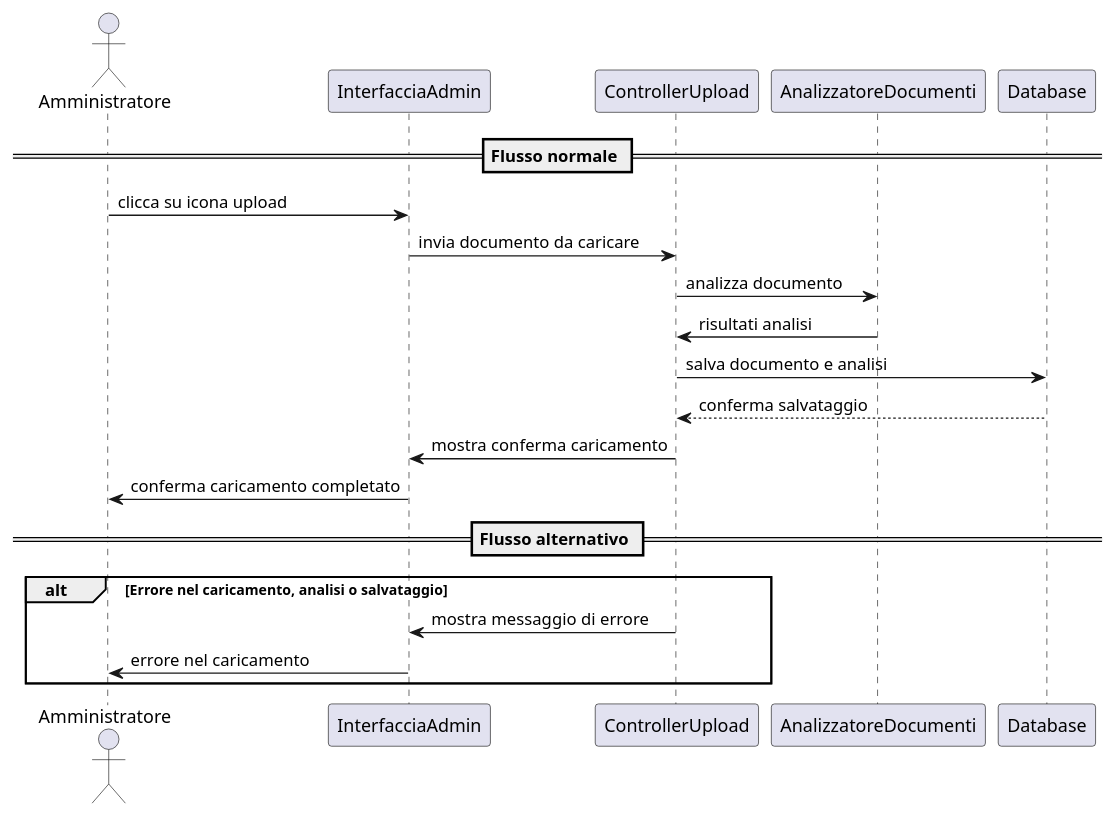
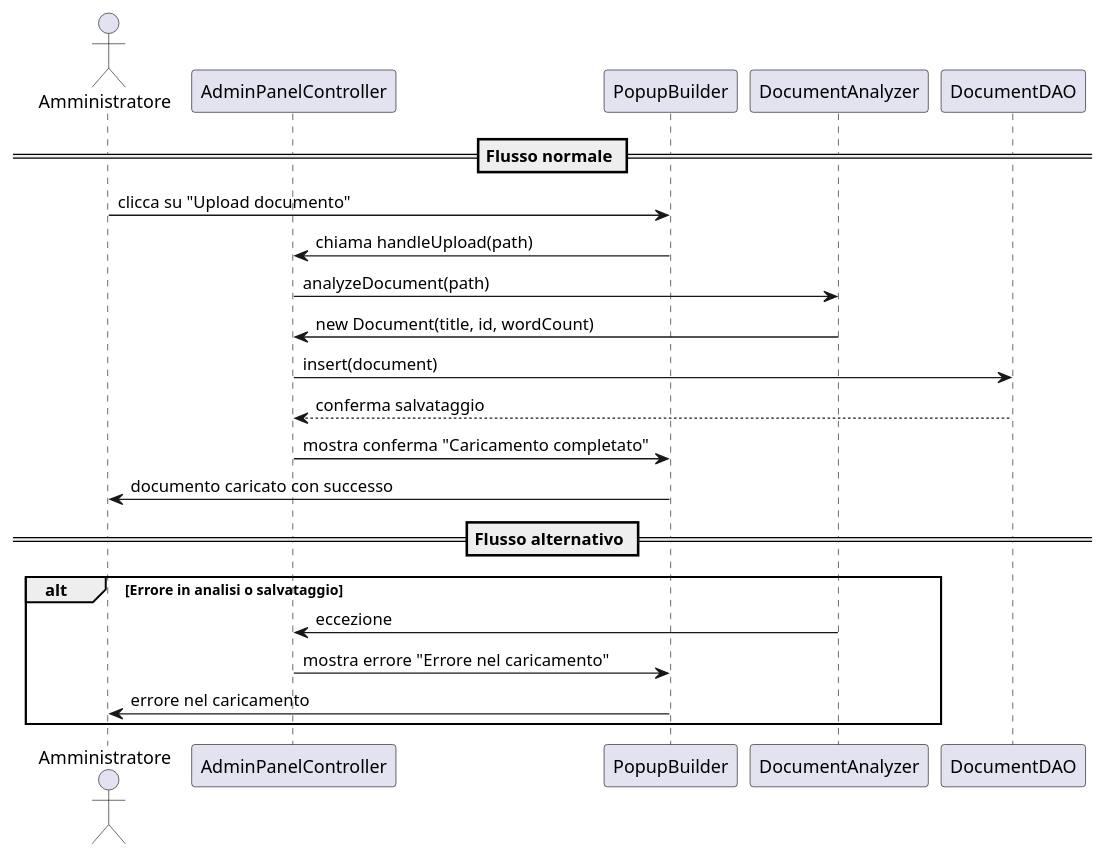
Before and after one commit to Bg735/Wordageddon-Gruppo_16: the diagram in docs/Diagrammi di Sequenza/upload_doc.puml, drawn with PlantUML. The commit also changed other lines of this file and 3 other files, not shown here.

Commit message:
update diagrammi di sequenza

```diff
--- a/docs/Diagrammi di Sequenza/upload_doc.puml
+++ b/docs/Diagrammi di Sequenza/upload_doc.puml
@@ -2,23 +1,27 @@
 @startuml
 actor Amministratore
-participant "InterfacciaAdmin" as UI
-participant "ControllerUpload" as Controller
-participant "AnalizzatoreDocumenti" as Analizzatore
-participant "Database" as DB
+participant "AdminPanelController" as Controller
+participant "PopupBuilder" as UI
+participant "DocumentAnalyzer" as Analizzatore
+participant "DocumentDAO" as DB
 
 == Flusso normale ==
-Amministratore -> UI : clicca su icona upload
-UI -> Controller : invia documento da caricare
-Controller -> Analizzatore : analizza documento
-Analizzatore -> Controller : risultati analisi
-Controller -> DB : salva documento e analisi
+Amministratore -> UI : clicca su "Upload documento"
+UI -> Controller : chiama handleUpload(path)
+
+Controller -> Analizzatore : analyzeDocument(path)
+Analizzatore -> Controller : new Document(title, id, wordCount)
+
+Controller -> DB : insert(document)
 DB --> Controller : conferma salvataggio
-Controller -> UI : mostra conferma caricamento
-UI -> Amministratore : conferma caricamento completato
+
+Controller -> UI : mostra conferma "Caricamento completato"
+UI -> Amministratore : documento caricato con successo
 
 == Flusso alternativo ==
-alt Errore nel caricamento, analisi o salvataggio
-    Controller -> UI : mostra messaggio di errore
+alt Errore in analisi o salvataggio
+    Analizzatore -> Controller : eccezione
+    Controller -> UI : mostra errore "Errore nel caricamento"
     UI -> Amministratore : errore nel caricamento
 end
 @enduml
```
